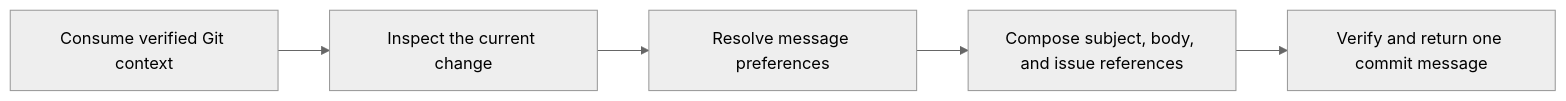
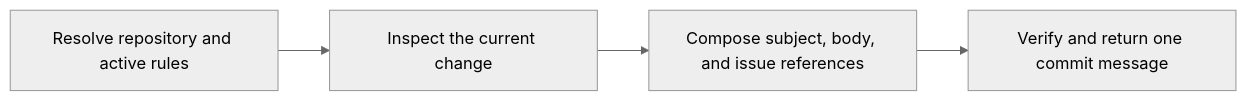
The diagram in .agents/skills/ptlam-git-writing-commit-message/SKILL.md (fam-tung-lam/ptlam-agent-plugin), drawn with Mermaid (neutral theme) before and after one commit. The commit also changed other lines of this file and 28 other files, not shown here.

````diff
--- a/.agents/skills/ptlam-git-writing-commit-message/SKILL.md
+++ b/.agents/skills/ptlam-git-writing-commit-message/SKILL.md
@@ -31,7 +17,6 @@
 ```mermaid
 flowchart LR
-    A[Consume verified Git context] --> B[Inspect the current change]
-    B --> C[Resolve message preferences]
-    C --> D[Compose subject, body, and issue references]
-    D --> E[Verify and return one commit message]
+    A[Resolve repository and active rules] --> B[Inspect the current change]
+    B --> C[Compose subject, body, and issue references]
+    C --> D[Verify and return one commit message]
 ```
````
